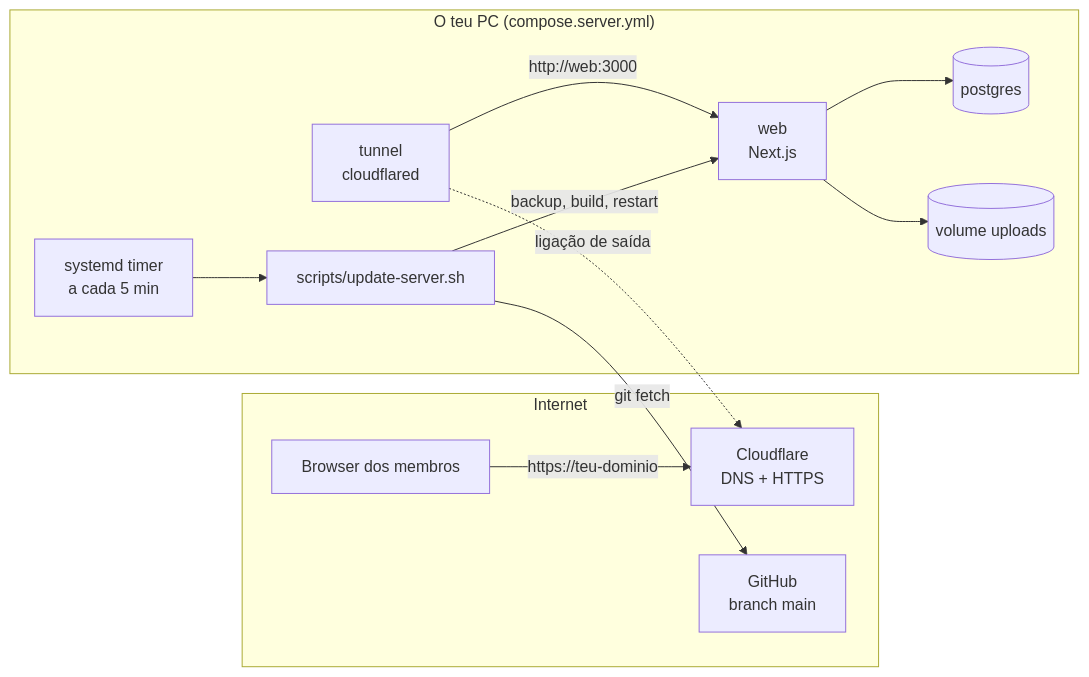
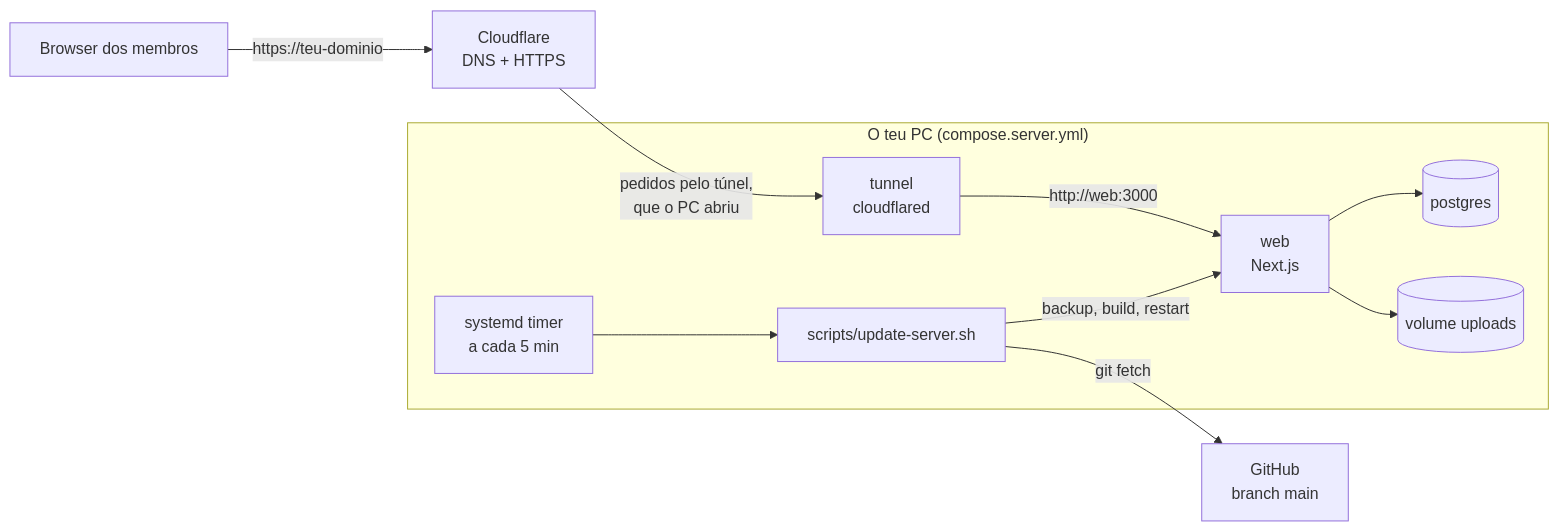
The diagram in docs/09-deploy.md (joaopachecowork1/Canhoes), drawn with Mermaid before and after one commit. The commit also changed 1 other file, not shown here.

Commit message:
Clarify two diagrams: deploy flow and authorization
The deploy flowchart drew the git fetch edge through the Cloudflare box, so it
read as Cloudflare talking to GitHub; GitHub now sits outside the internet
group. The authorization flowchart now shows that member routes without a
module or proposals guard run directly.

Claude-Session: https://claude.ai/code/session_01KuBBfin5gSXP8ViP4wVyzp

````diff
--- a/docs/09-deploy.md
+++ b/docs/09-deploy.md
@@ -7,16 +7,13 @@
 ```mermaid
 flowchart LR
-  subgraph Internet
-    B[Browser dos membros] -->|https://teu-dominio| CF[Cloudflare<br/>DNS + HTTPS]
-    GH[GitHub<br/>branch main]
-  end
+  B[Browser dos membros] -->|https://teu-dominio| CF[Cloudflare<br/>DNS + HTTPS]
+  CF -->|pedidos pelo túnel,<br/>que o PC abriu| T
   subgraph PC["O teu PC (compose.server.yml)"]
     T[tunnel<br/>cloudflared] -->|http://web:3000| W[web<br/>Next.js]
     W --> P[(postgres)]
     W --> U[(volume uploads)]
     TM[systemd timer<br/>a cada 5 min] --> S[scripts/update-server.sh]
+    S -->|backup, build, restart| W
   end
-  T -. ligação de saída .-> CF
-  S -->|git fetch| GH
-  S -->|backup, build, restart| W
+  S -->|git fetch| GH[GitHub<br/>branch main]
 ```
````
